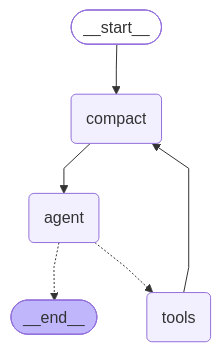
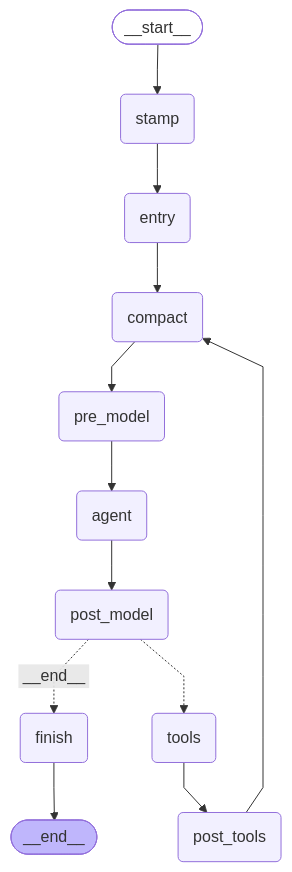
One commit to Asukayanamii/R-agent changed the diagram in docs/graph.mmd. Above: the diagram before and after it, drawn with Mermaid. The commit also changed other lines of this file and 24 other files, not shown here.

First line of the commit message:
feat(harness): 契约 + 合成器 + 骨架，图改为片段合成（阶段 B）

```diff
--- a/docs/graph.mmd
+++ b/docs/graph.mmd
@@ -1,26 +1,38 @@
 ---
 config:
   flowchart:
     curve: linear
 ---
-%% 这张图由代码生成，别手改。改了节点/边（app/agent/graph.py 的 build_graph）就重新生成：
-%%   graph = build_graph(InMemorySaver())
-%%   graph.get_graph().draw_mermaid()          → 本文件
+%% 这张图由代码生成，别手改。重新生成：
+%%   python -m app.harness > docs/graph.mmd
+%% 图来自合成器（builtin/loop 骨架 + 当前挂载的片段），空锚点也会画出来。
 %% 渲染 graph.png **不要**用 langchain 的 draw_mermaid_png：它用标准 base64 拼 URL，
 %% payload 里一旦出现 '/' 就 404（实测）。走 urlsafe：
 %%   b64 = base64.urlsafe_b64encode(Path("docs/graph.mmd").read_bytes()).decode()
 %%   requests.get(f"https://mermaid.ink/img/{b64}?type=png&bgColor=!white").content
 graph TD;
 	__start__([<p>__start__</p>]):::first
+	stamp(stamp)
+	entry(entry)
+	compact(compact)
+	pre_model(pre_model)
 	agent(agent)
+	post_model(post_model)
 	tools(tools)
-	compact(compact)
+	post_tools(post_tools)
+	finish(finish)
 	__end__([<p>__end__</p>]):::last
-	__start__ --> compact;
-	agent -.-> __end__;
-	agent -.-> tools;
-	compact --> agent;
-	tools --> compact;
+	__start__ --> stamp;
+	agent --> post_model;
+	compact --> pre_model;
+	entry --> compact;
+	post_model -. &nbsp;__end__&nbsp; .-> finish;
+	post_model -.-> tools;
+	post_tools --> compact;
+	pre_model --> agent;
+	stamp --> entry;
+	tools --> post_tools;
+	finish --> __end__;
 	classDef default fill:#f2f0ff,line-height:1.2
 	classDef first fill-opacity:0
 	classDef last fill:#bfb6fc
```
